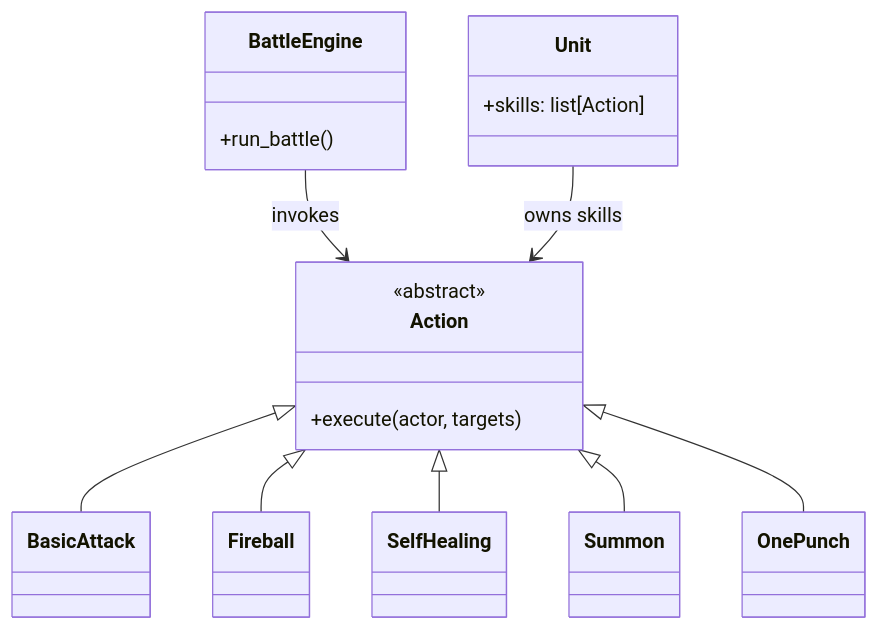
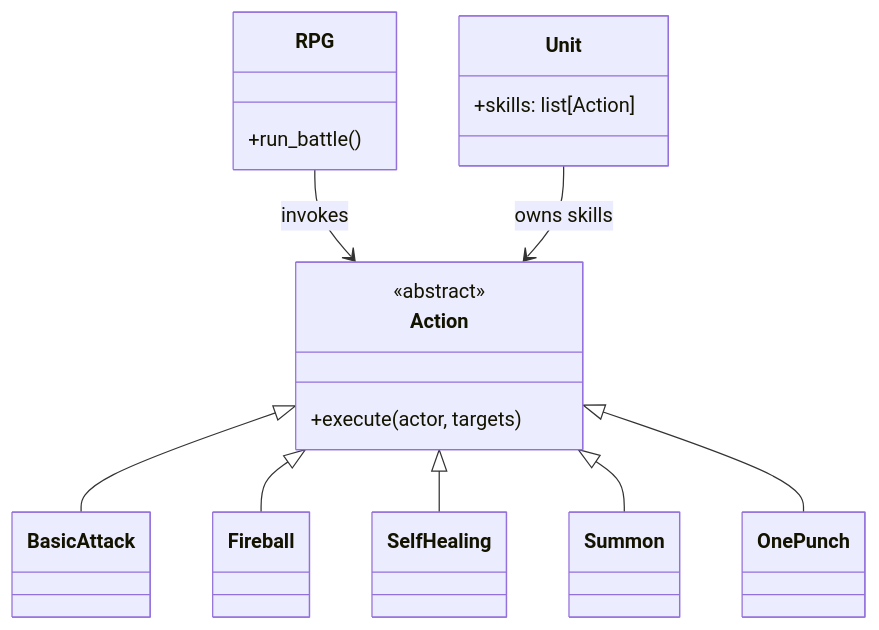
The second of 3 diagrams in homework5_rpg/v3/docs/設計模式解析/指令模式.md (tanguitar8093/Software-Design-Pattern-HW), drawn with Mermaid before and after one commit. The commit also changed other lines of this file and 14 other files, not shown here.

````diff
--- a/homework5_rpg/v3/docs/設計模式解析/指令模式.md
+++ b/homework5_rpg/v3/docs/設計模式解析/指令模式.md
@@ -40,29 +40,29 @@
 ```mermaid
 classDiagram
-    class BattleEngine {
+    class RPG {
         +run_battle()
     }
 
     class Unit {
         +skills: list[Action]
     }
 
     class Action {
         <<abstract>>
         +execute(actor, targets)
     }
 
     class BasicAttack
     class Fireball
     class SelfHealing
     class Summon
     class OnePunch
 
-    BattleEngine --> Action : invokes
+    RPG --> Action : invokes
     Unit --> Action : owns skills
     Action <|-- BasicAttack
     Action <|-- Fireball
     Action <|-- SelfHealing
     Action <|-- Summon
     Action <|-- OnePunch
 ```
````
